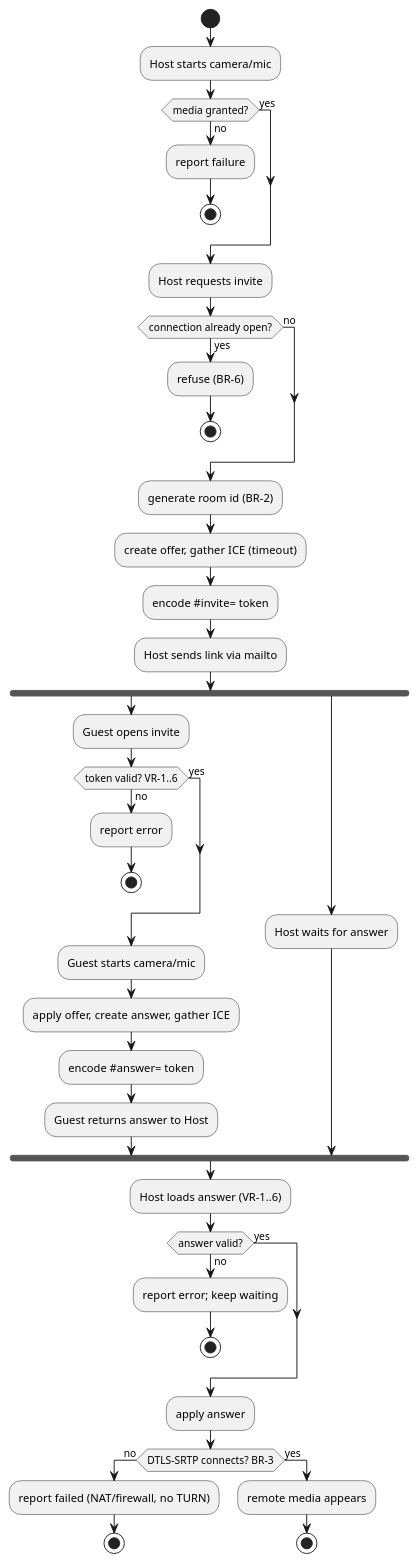
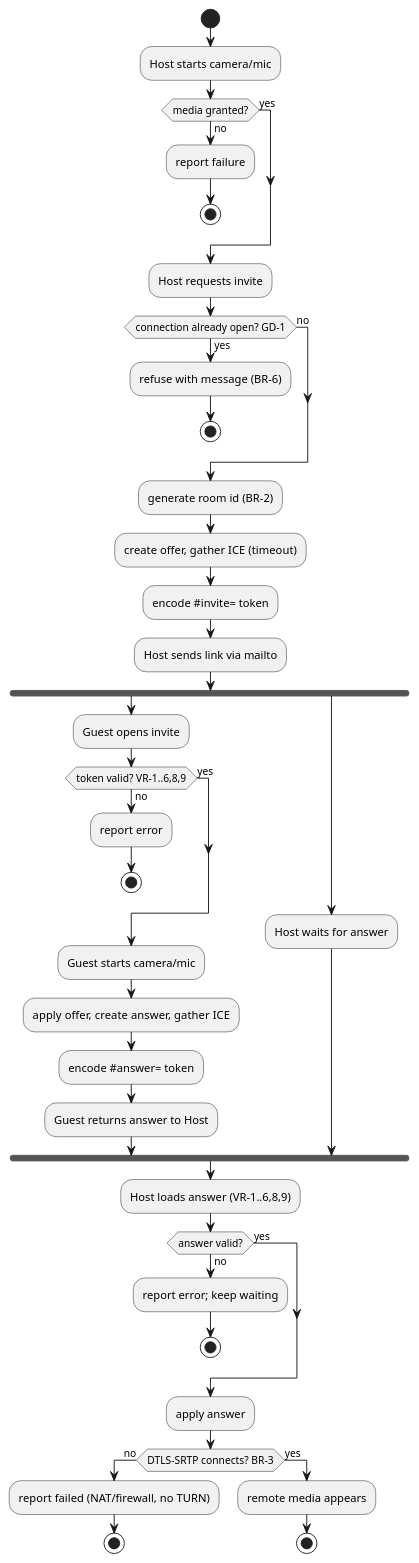
One commit to raifdmueller/ultrathink.call changed the first of 5 diagrams in src/docs/spec.adoc. Above: the diagram before and after it, drawn with PlantUML. The commit also changed other lines of this file and 1 other file, not shown here.

First line of the commit message:
docs+fix: spec v0.2 resolves gate findings; harden token validation

```diff
--- a/src/docs/spec.adoc
+++ b/src/docs/spec.adoc
@@ -170,50 +178,50 @@
 [plantuml,connect-flow,svg]
 ----
 @startuml
 start
 :Host starts camera/mic;
 if (media granted?) then (no)
   :report failure;
   stop
 else (yes)
 endif
 :Host requests invite;
-if (connection already open?) then (yes)
-  :refuse (BR-6);
+if (connection already open? GD-1) then (yes)
+  :refuse with message (BR-6);
   stop
 else (no)
 endif
 :generate room id (BR-2);
 :create offer, gather ICE (timeout);
 :encode #invite= token;
 :Host sends link via mailto;
 fork
   :Guest opens invite;
-  if (token valid? VR-1..6) then (no)
+  if (token valid? VR-1..6,8,9) then (no)
     :report error;
     stop
   else (yes)
   endif
   :Guest starts camera/mic;
   :apply offer, create answer, gather ICE;
   :encode #answer= token;
   :Guest returns answer to Host;
 fork again
   :Host waits for answer;
 endfork
-:Host loads answer (VR-1..6);
+:Host loads answer (VR-1..6,8,9);
 if (answer valid?) then (no)
   :report error; keep waiting;
   stop
 else (yes)
 endif
 :apply answer;
 if (DTLS-SRTP connects? BR-3) then (no)
   :report failed (NAT/firewall, no TURN);
   stop
 else (yes)
   :remote media appears;
   stop
 endif
 @enduml
 ----
```
